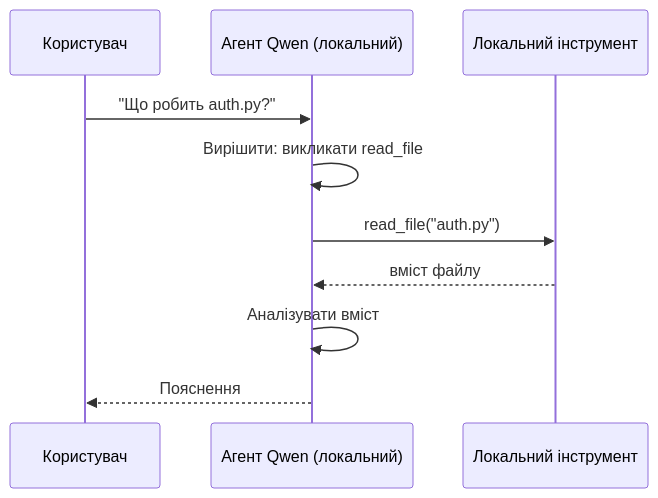
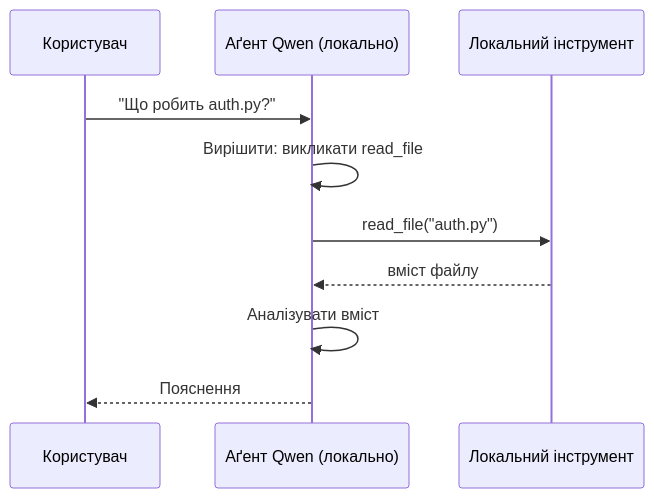
Before and after one commit to microsoft/ai-agents-for-beginners: the second of 4 diagrams in translations/uk/17-creating-local-ai-agents/README.md, drawn with Mermaid. The commit also changed other lines of this file and 45 other files, not shown here.

````diff
--- a/translations/uk/17-creating-local-ai-agents/README.md
+++ b/translations/uk/17-creating-local-ai-agents/README.md
@@ -106,12 +106,12 @@
 ```mermaid
 sequenceDiagram
     participant U as Користувач
-    participant A as Агент Qwen (локальний)
+    participant A as Аґент Qwen (локально)
     participant T as Локальний інструмент
     U->>A: "Що робить auth.py?"
     A->>A: Вирішити: викликати read_file
     A->>T: read_file("auth.py")
     T-->>A: вміст файлу
     A->>A: Аналізувати вміст
     A-->>U: Пояснення
 ```
````
